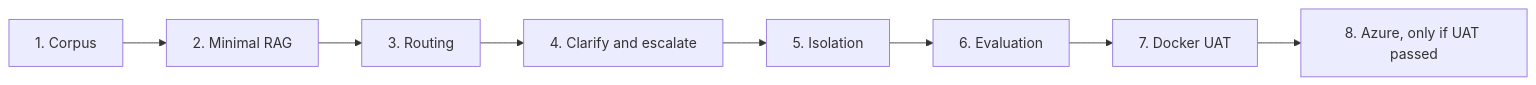
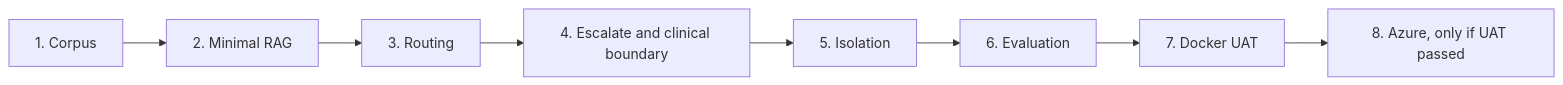
One commit to ramy-glitch/Deskline changed the third of 6 diagrams in docs/alpha_build.md. Above: the diagram before and after it, drawn with Mermaid. The commit also changed other lines of this file and 14 other files, not shown here.

````diff
--- a/docs/alpha_build.md
+++ b/docs/alpha_build.md
@@ -67,13 +67,13 @@
 ```mermaid
 flowchart LR
     s1[1. Corpus]
     s2[2. Minimal RAG]
     s3[3. Routing]
-    s4[4. Clarify and escalate]
+    s4[4. Escalate and clinical boundary]
     s5[5. Isolation]
     s6[6. Evaluation]
     s7[7. Docker UAT]
     s8[8. Azure, only if UAT passed]
 
     s1 --> s2 --> s3 --> s4 --> s5 --> s6 --> s7 --> s8
 ```
````
